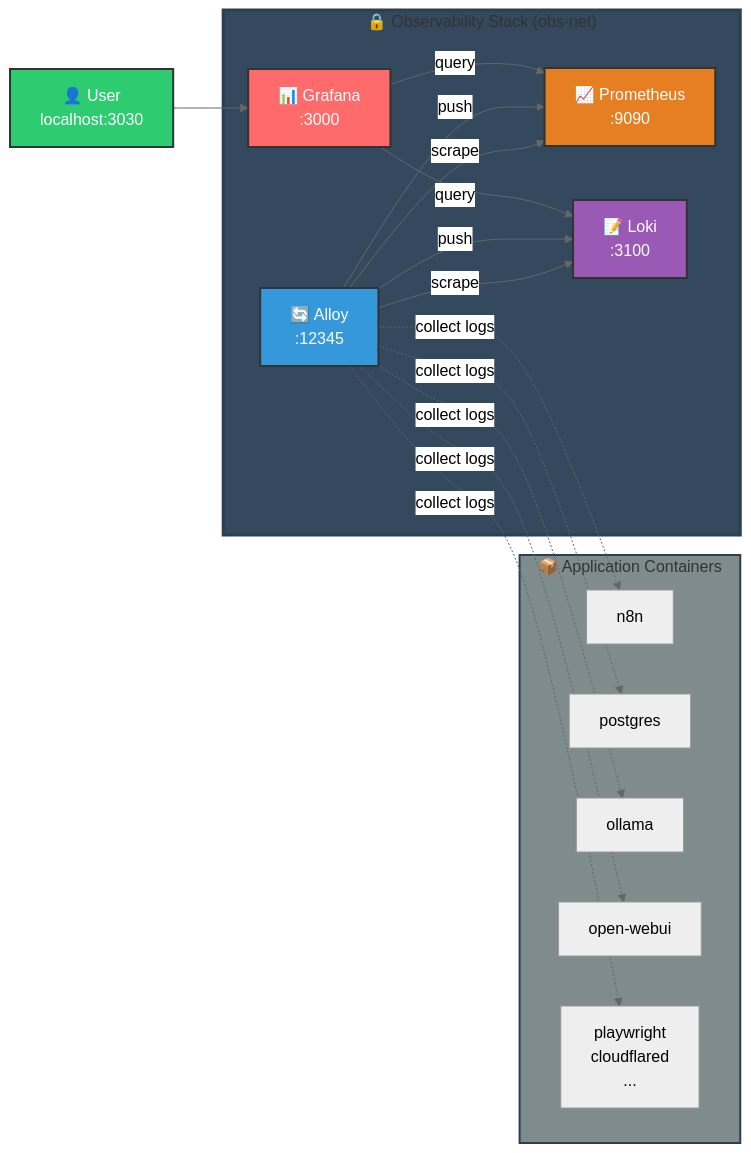
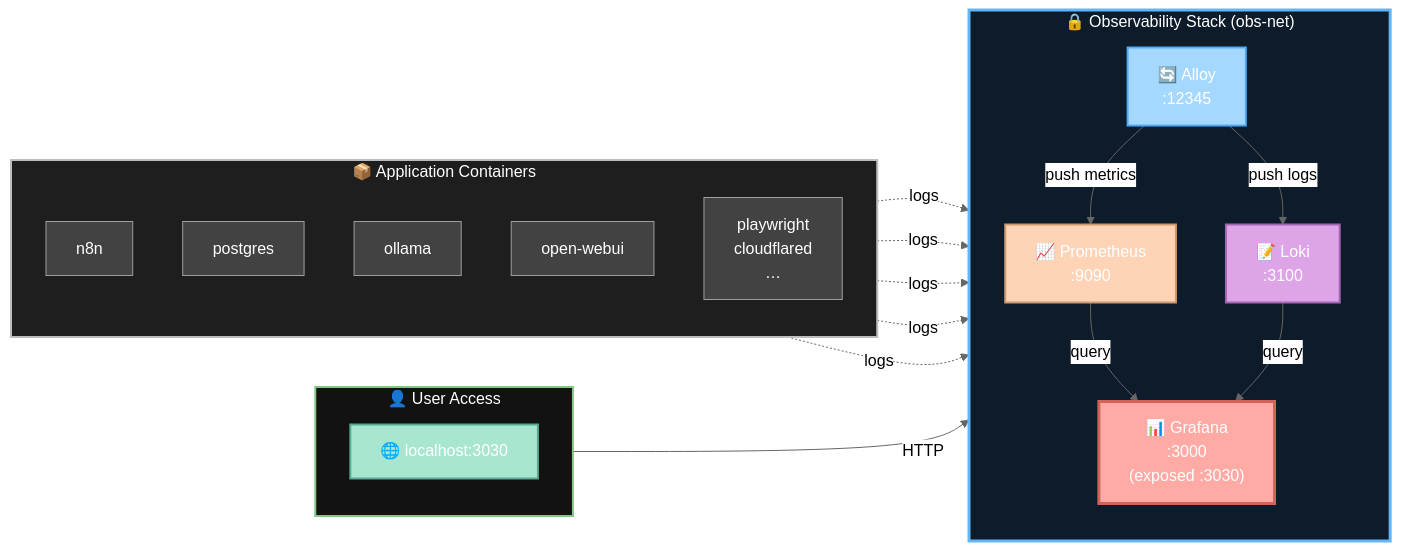
Before and after one commit to degser00/Docker-Techstack: the diagram in modules/observability/docs/phase2-complete-doc.md, drawn with Mermaid (neutral theme).

Commit message:
Update phase2-complete-doc.md mermaid diagram

````diff
--- a/modules/observability/docs/phase2-complete-doc.md
+++ b/modules/observability/docs/phase2-complete-doc.md
@@ -214,41 +214,69 @@
 ```mermaid
-graph LR
-    User[👤 User<br/>localhost:3030] --> Grafana
-
-    subgraph obs["🔒 Observability Stack (obs-net)"]
-        Grafana[📊 Grafana<br/>:3000]
-        Prometheus[📈 Prometheus<br/>:9090]
-        Loki[📝 Loki<br/>:3100]
-        Alloy[🔄 Alloy<br/>:12345]
+flowchart LR
+    %% -------------------------------------------------
+    %%  USER
+    %% -------------------------------------------------
+    subgraph user ["👤 User Access"]
+        direction TB
+        U["🌐 localhost:3030"]
     end
 
-    subgraph apps["📦 Application Containers"]
-        N8N[n8n]
-        Postgres[postgres]
-        Ollama[ollama]
-        OpenWebUI[open-webui]
-        Other[playwright<br/>cloudflared<br/>...]
+    %% -------------------------------------------------
+    %%  APPLICATION CONTAINERS
+    %% -------------------------------------------------
+    subgraph apps ["📦 Application Containers"]
+        direction TB
+        N["n8n"]
+        DB["postgres"]
+        OLL["ollama"]
+        OWU["open-webui"]
+        PW["playwright<br/>cloudflared<br/>…"]
     end
 
-    Grafana -->|query| Prometheus
-    Grafana -->|query| Loki
-    
-    Alloy -->|push| Prometheus
-    Alloy -->|push| Loki
-    Alloy -->|scrape| Prometheus
-    Alloy -->|scrape| Loki
-    
-    Alloy -.->|collect logs| N8N
-    Alloy -.->|collect logs| Postgres
-    Alloy -.->|collect logs| Ollama
-    Alloy -.->|collect logs| OpenWebUI
-    Alloy -.->|collect logs| Other
+    %% -------------------------------------------------
+    %%  OBSERVABILITY STACK
+    %% -------------------------------------------------
+    subgraph obs ["🔒 Observability Stack (obs-net)"]
+        direction TB
+        A["🔄 Alloy<br/>:12345"]
+        P["📈 Prometheus<br/>:9090"]
+        L["📝 Loki<br/>:3100"]
+        G["📊 Grafana<br/>:3000<br/>(exposed :3030)"]
+    end
 
-    style Grafana fill:#ff6b6b,stroke:#333,stroke-width:2px,color:#fff
-    style Prometheus fill:#e67e22,stroke:#333,stroke-width:2px,color:#fff
-    style Loki fill:#9b59b6,stroke:#333,stroke-width:2px,color:#fff
-    style Alloy fill:#3498db,stroke:#333,stroke-width:2px,color:#fff
-    style User fill:#2ecc71,stroke:#333,stroke-width:2px,color:#fff
-    style obs fill:#34495e,stroke:#2c3e50,stroke-width:3px
-    style apps fill:#7f8c8d,stroke:#2c3e50,stroke-width:2px
+    %% -------------------------------------------------
+    %%  DATA FLOW
+    %% -------------------------------------------------
+    U -->|"HTTP"| G
+
+    N -.->|"logs"| A
+    DB -.->|"logs"| A
+    OLL -.->|"logs"| A
+    OWU -.->|"logs"| A
+    PW -.->|"logs"| A
+
+    A -->|"push metrics"| P
+    A -->|"push logs"| L
+
+    P -->|"query"| G
+    L -->|"query"| G
+
+    %% -------------------------------------------------
+    %%  COLOURS – dark zones, white text, white arrows
+    %% -------------------------------------------------
+    style U      fill:#a8e6cf,stroke:#56ab91,stroke-width:2px,color:#ffffff
+    style G      fill:#ffaaa5,stroke:#d16459,stroke-width:3px,color:#ffffff
+    style P      fill:#ffd3b6,stroke:#d19a6e,stroke-width:2px,color:#ffffff
+    style L      fill:#dda5e8,stroke:#a366b3,stroke-width:2px,color:#ffffff
+    style A      fill:#a5d8ff,stroke:#4dabf7,stroke-width:2px,color:#ffffff
+
+    style N      fill:#424242,stroke:#9e9e9e,stroke-width:1px,color:#ffffff
+    style DB     fill:#424242,stroke:#9e9e9e,stroke-width:1px,color:#ffffff
+    style OLL    fill:#424242,stroke:#9e9e9e,stroke-width:1px,color:#ffffff
+    style OWU    fill:#424242,stroke:#9e9e9e,stroke-width:1px,color:#ffffff
+    style PW     fill:#424242,stroke:#9e9e9e,stroke-width:1px,color:#ffffff
+
+    style user   fill:#121212,stroke:#81c784,stroke-width:2px,color:#ffffff
+    style obs    fill:#0d1b2a,stroke:#64b5f6,stroke-width:3px,color:#ffffff
+    style apps   fill:#1e1e1e,stroke:#bdbdbd,stroke-width:2px,color:#ffffff
 ```
````
